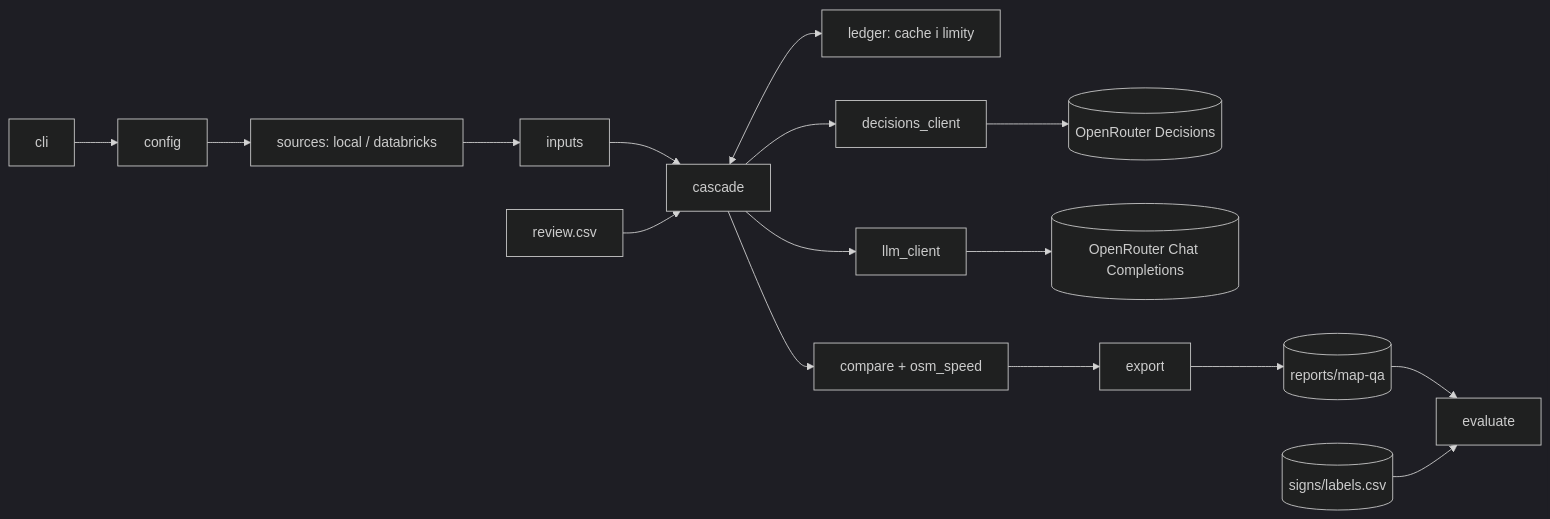
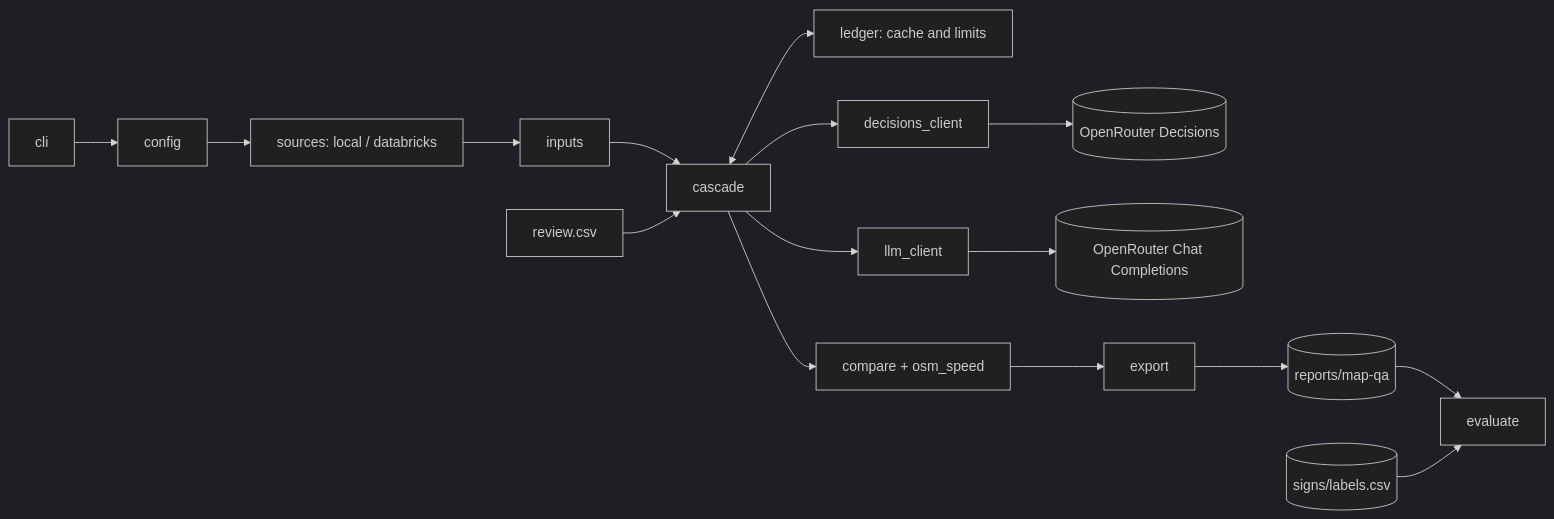
The first of 3 diagrams in docs/ADR/000-main-architecture.md (sosnowskaga/jsystems-claude-codex-gis-2026-11), drawn with Mermaid (dark theme) before and after one commit. The commit also changed other lines of this file and 3 other files, not shown here.

````diff
--- a/docs/ADR/000-main-architecture.md
+++ b/docs/ADR/000-main-architecture.md
@@ -189,18 +189,18 @@
 ```mermaid
 flowchart LR
     CLI[cli] --> CFG[config]
     CFG --> SRC[sources: local / databricks]
     SRC --> IN[inputs]
     IN --> CAS[cascade]
     REV[review.csv] --> CAS
-    CAS <--> LED[ledger: cache i limity]
+    CAS <--> LED[ledger: cache and limits]
     CAS --> DEC[decisions_client]
     CAS --> LLM[llm_client]
     DEC --> OR1[(OpenRouter Decisions)]
     LLM --> OR2[(OpenRouter Chat Completions)]
     CAS --> CMP[compare + osm_speed]
     CMP --> EXP[export]
     EXP --> OUT[(reports/map-qa)]
     OUT --> EV[evaluate]
     LAB[(signs/labels.csv)] --> EV
 ```
````
